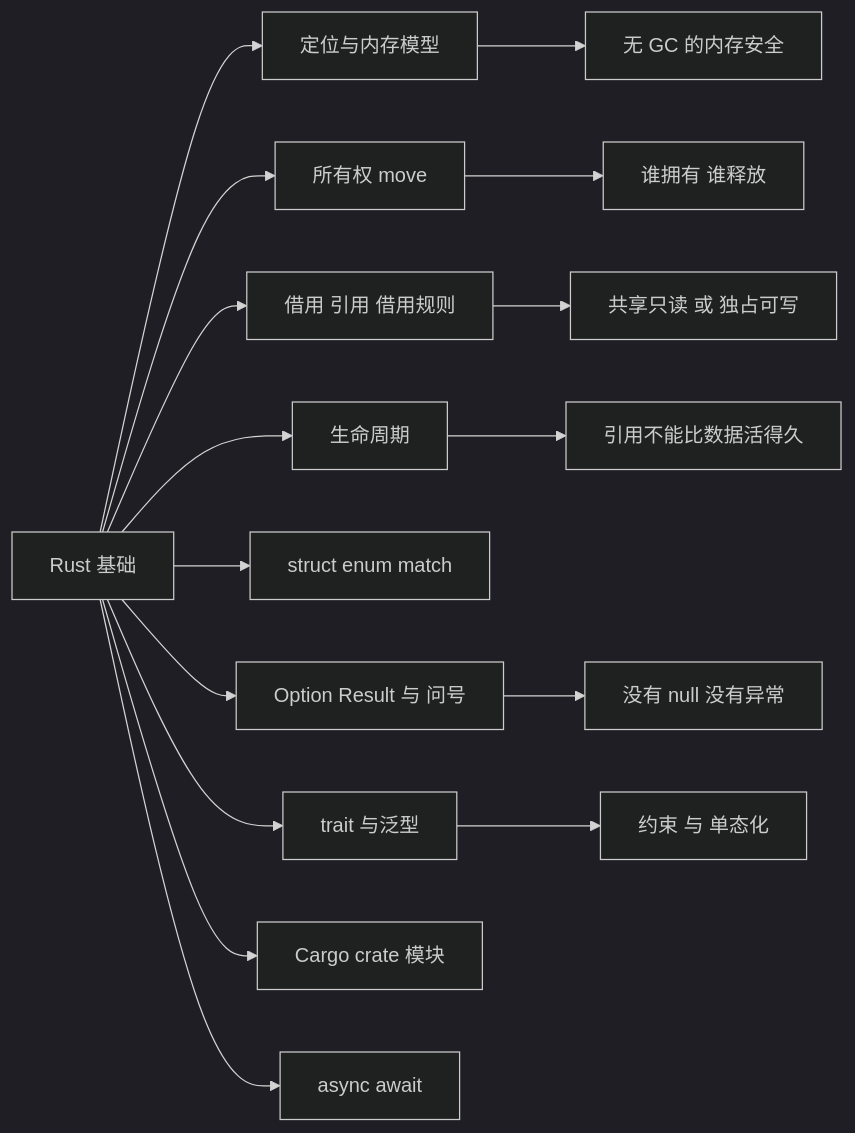
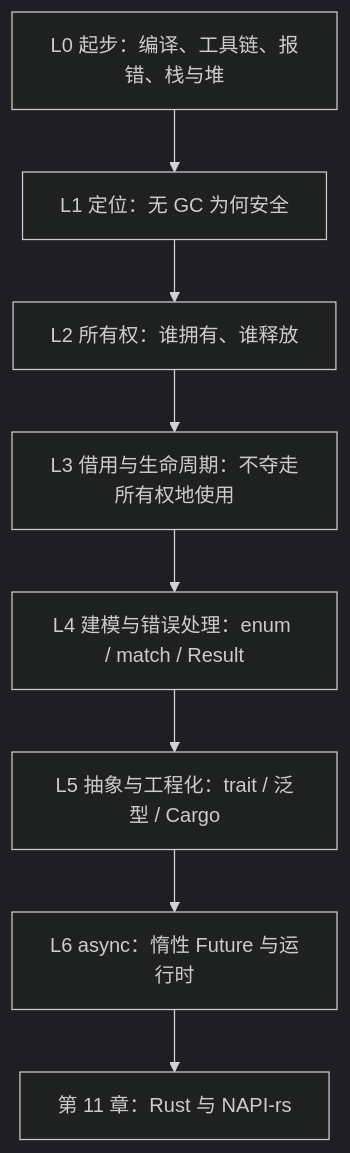
One commit to lfire/AFFiNE changed the diagram in learning-guide/03-编程语言与基础技术/07-Rust基础入门.md. Above: the diagram before and after it, drawn with Mermaid (dark theme). The commit also changed other lines of this file and 6 other files, not shown here.

````diff
--- a/learning-guide/03-编程语言与基础技术/07-Rust基础入门.md
+++ b/learning-guide/03-编程语言与基础技术/07-Rust基础入门.md
@@ -32,18 +83,10 @@
 ```mermaid
-flowchart LR
-  A["Rust 基础"] --> B["定位与内存模型"]
-  A --> C["所有权 move"]
-  A --> D["借用 引用 借用规则"]
-  A --> E["生命周期"]
-  A --> F["struct enum match"]
-  A --> G["Option Result 与 问号"]
-  A --> H["trait 与泛型"]
-  A --> I["Cargo crate 模块"]
-  A --> J["async await"]
-  B --> B1["无 GC 的内存安全"]
-  C --> C1["谁拥有 谁释放"]
-  D --> D1["共享只读 或 独占可写"]
-  E --> E1["引用不能比数据活得久"]
-  G --> G1["没有 null 没有异常"]
-  H --> H1["约束 与 单态化"]
+flowchart TD
+  L0["L0 起步：编译、工具链、报错、栈与堆"] --> L1["L1 定位：无 GC 为何安全"]
+  L1 --> L2["L2 所有权：谁拥有、谁释放"]
+  L2 --> L3["L3 借用与生命周期：不夺走所有权地使用"]
+  L3 --> L4["L4 建模与错误处理：enum / match / Result"]
+  L4 --> L5["L5 抽象与工程化：trait / 泛型 / Cargo"]
+  L5 --> L6["L6 async：惰性 Future 与运行时"]
+  L6 --> N["第 11 章：Rust 与 NAPI-rs"]
 ```
````
